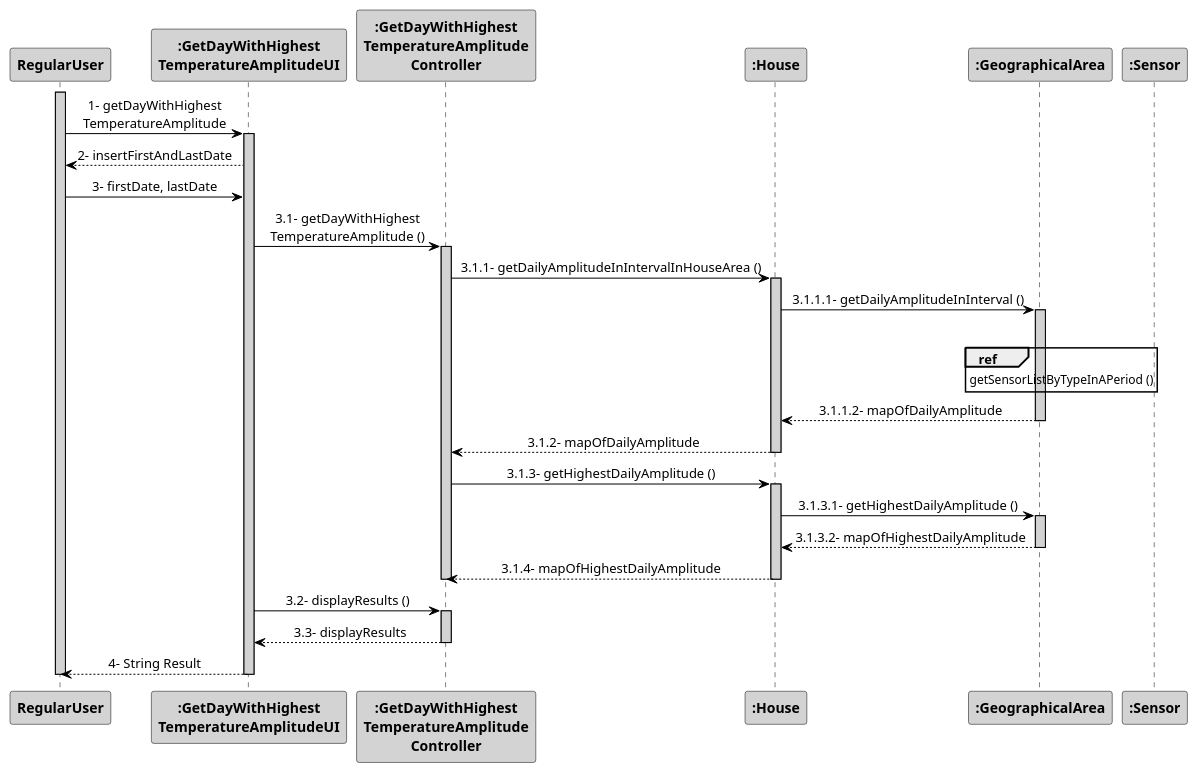
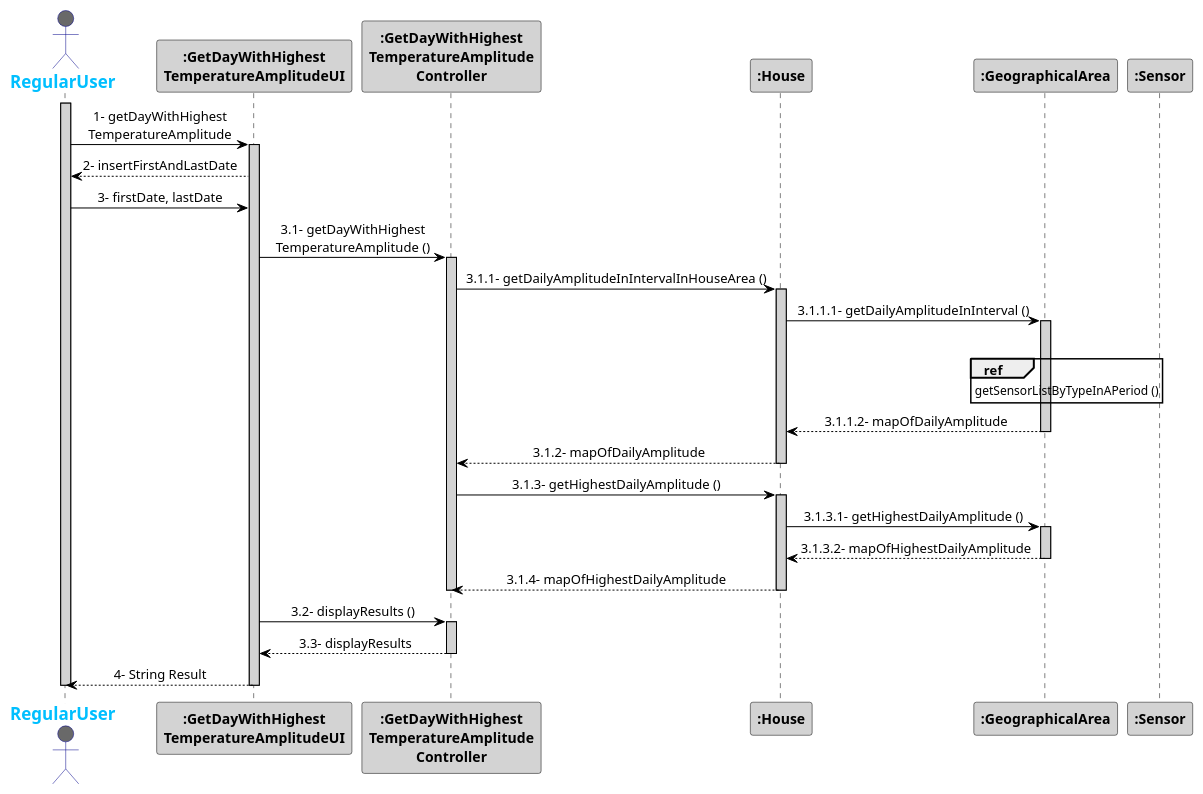
The diagram in src/main/java/pt/ipp/isep/dei/project/controllers/getDayWithHighestTemperatureAmplitudeController/SD_getDayWithHighestTemperatureAmplitude.puml (1181687/hateoasToy), drawn with PlantUML before and after one commit. The commit also changed 7 other files, not shown here.

Commit message:
Changes to Class Diagrams (presentation ready format)

```diff
--- a/src/main/java/pt/ipp/isep/dei/project/controllers/getDayWithHighestTemperatureAmplitudeController/SD_getDayWithHighestTemperatureAmplitude.puml
+++ b/src/main/java/pt/ipp/isep/dei/project/controllers/getDayWithHighestTemperatureAmplitudeController/SD_getDayWithHighestTemperatureAmplitude.puml
@@ -1,56 +1,57 @@
 @startuml
 skinparam sequenceMessageAlign center
 skinparam sequence {
 	ArrowColor Black
 	ActorBorderColor DarkBlue
 	LifeLineBorderColor black
 	LifeLineBackgroundColor LightGrey
 
 	ParticipantBorderColor Black
 	ParticipantBackgroundColor LightGrey
 	ParticipantFontStyle Bold
 
 	ActorBackgroundColor DimGrey
 	ActorFontColor DeepSkyBlue
 	ActorFontStyle Bold
 	ActorFontSize 17
 	ActorFontName Aapex
 }
+actor RegularUser
 activate RegularUser
 actor RegularUser
 RegularUser -> ":GetDayWithHighest\nTemperatureAmplitudeUI": 1- getDayWithHighest\nTemperatureAmplitude
 activate ":GetDayWithHighest\nTemperatureAmplitudeUI"
 ":GetDayWithHighest\nTemperatureAmplitudeUI" --> RegularUser: 2- insertFirstAndLastDate
 RegularUser -> ":GetDayWithHighest\nTemperatureAmplitudeUI": 3- firstDate, lastDate
 ":GetDayWithHighest\nTemperatureAmplitudeUI" -> ":GetDayWithHighest\nTemperatureAmplitude\nController": 3.1- getDayWithHighest\nTemperatureAmplitude ()
 activate ":GetDayWithHighest\nTemperatureAmplitude\nController"
 ":GetDayWithHighest\nTemperatureAmplitude\nController"-> ":House": 3.1.1- getDailyAmplitudeInIntervalInHouseArea ()
 activate ":House"
 ":House" -> ":GeographicalArea": 3.1.1.1- getDailyAmplitudeInInterval ()
 activate ":GeographicalArea"
 ref over ":GeographicalArea"
 getSensorListByTypeInAPeriod ()
 end
 deactivate ":Sensor"
 ":House" <-- ":GeographicalArea": 3.1.1.2- mapOfDailyAmplitude
 deactivate ":GeographicalArea"
 ":GetDayWithHighest\nTemperatureAmplitude\nController"<-- ":House": 3.1.2- mapOfDailyAmplitude
 deactivate ":House"
 ":GetDayWithHighest\nTemperatureAmplitude\nController" -> ":House": 3.1.3- getHighestDailyAmplitude ()
 activate ":House"
 ":House" -> ":GeographicalArea": 3.1.3.1- getHighestDailyAmplitude ()
 activate ":GeographicalArea"
 ":House" <-- ":GeographicalArea": 3.1.3.2- mapOfHighestDailyAmplitude
 deactivate ":GeographicalArea"
 ":GetDayWithHighest\nTemperatureAmplitude\nController" <-- ":House": 3.1.4- mapOfHighestDailyAmplitude
 deactivate ":House"
 deactivate ":GetDayWithHighest\nTemperatureAmplitude\nController"
 ":GetDayWithHighest\nTemperatureAmplitudeUI" -> ":GetDayWithHighest\nTemperatureAmplitude\nController": 3.2- displayResults ()
 activate ":GetDayWithHighest\nTemperatureAmplitude\nController"
 ":GetDayWithHighest\nTemperatureAmplitudeUI" <-- ":GetDayWithHighest\nTemperatureAmplitude\nController": 3.3- displayResults
 deactivate ":GetDayWithHighest\nTemperatureAmplitude\nController"
 
 RegularUser <-- ":GetDayWithHighest\nTemperatureAmplitudeUI": 4- String Result
 deactivate ":GetDayWithHighest\nTemperatureAmplitudeUI"
 deactivate RegularUser
 @enduml
```
